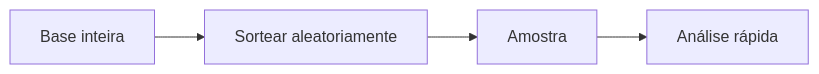
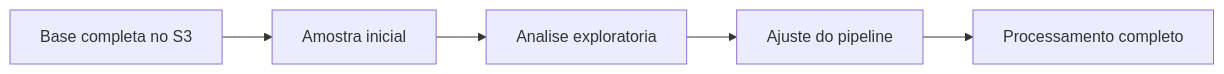
Before and after one commit to Ito-Santana/aws-dea-guia-estudos: the diagram in fundamentos-engenharia-de-dados/tecnicas-de-amostragem.md, drawn with Mermaid. The commit also changed other lines of this file and 9 other files, not shown here.

````diff
--- a/fundamentos-engenharia-de-dados/tecnicas-de-amostragem.md
+++ b/fundamentos-engenharia-de-dados/tecnicas-de-amostragem.md
@@ -39,6 +96,7 @@
-<div class="mermaid">
+```mermaid
 flowchart LR
-    A[Base inteira] --> B[Sortear aleatoriamente]
-    B --> C[Amostra]
-    C --> D[Análise rápida]
-</div>
+    A[Base completa no S3] --> B[Amostra inicial]
+    B --> C[Analise exploratoria]
+    C --> D[Ajuste do pipeline]
+    D --> E[Processamento completo]
+```
````
